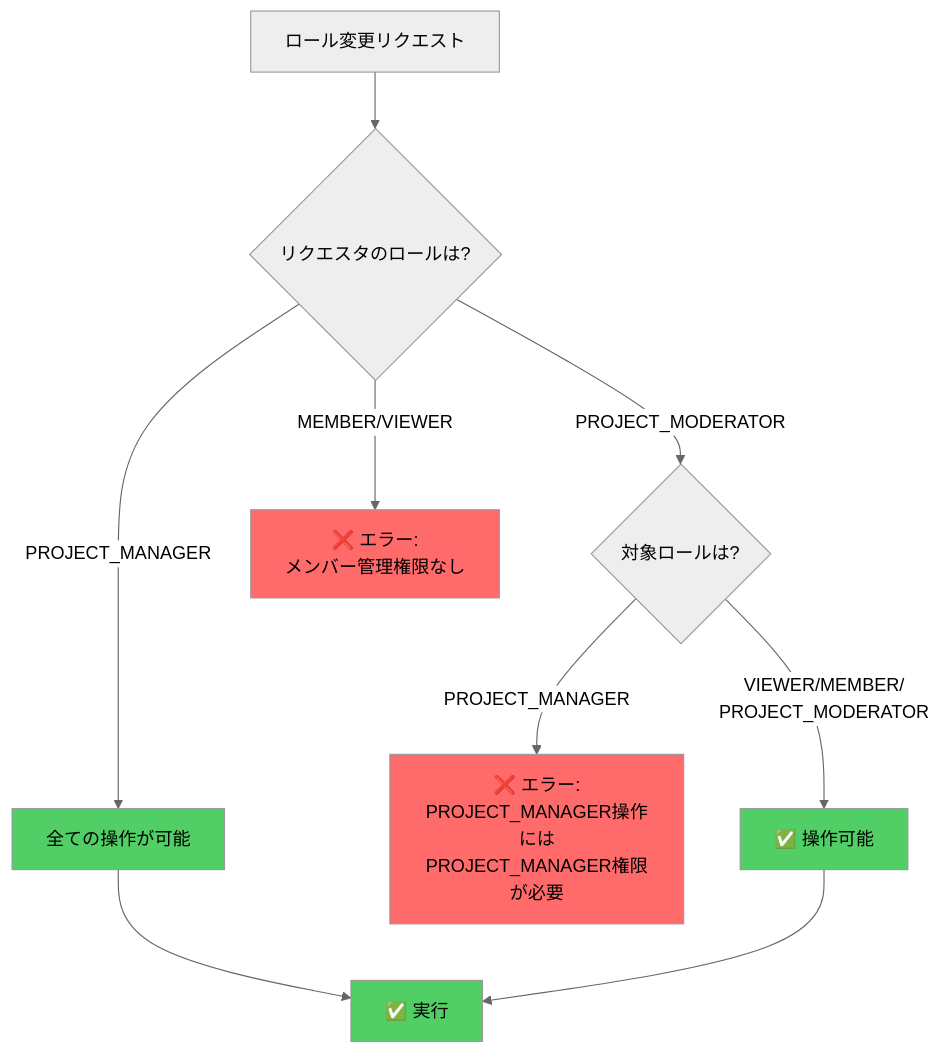
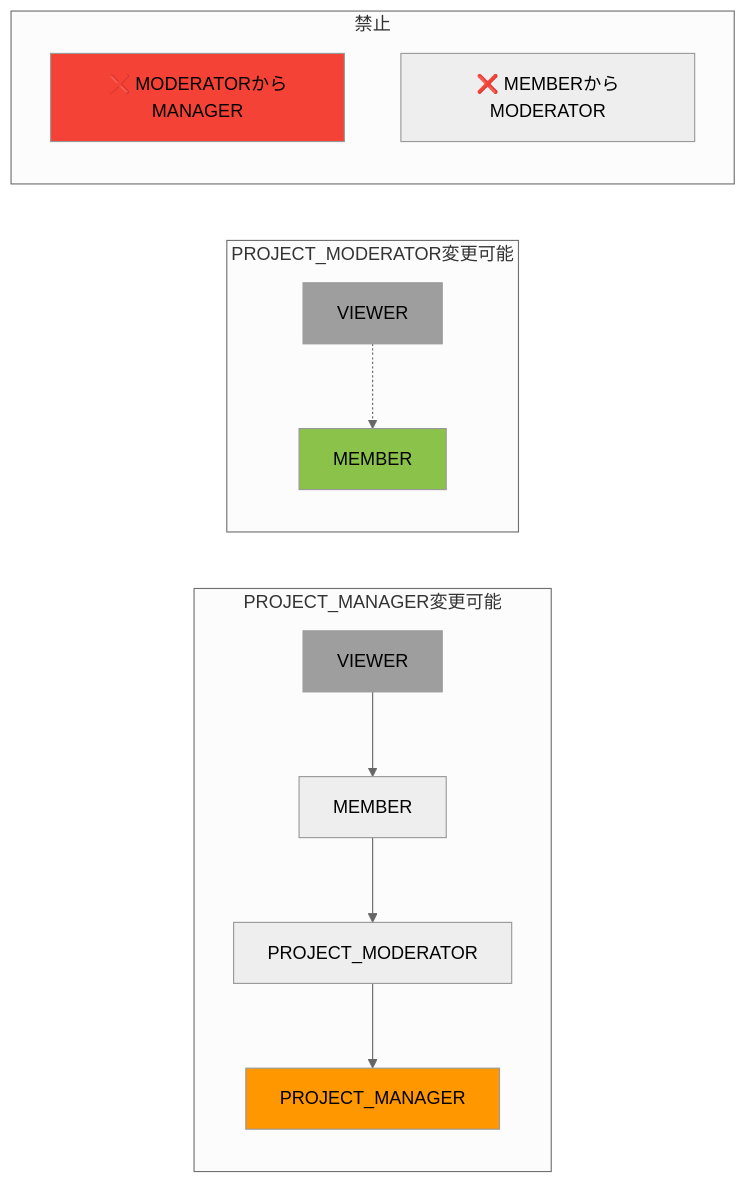
The tenth of 11 diagrams in docs/specifications/03-security/01-rbac-design.md (nomura-koshiro/genai-app-docs), drawn with Mermaid (neutral theme) before and after one commit. The commit also changed other lines of this file and 35 other files, not shown here.

````diff
--- a/docs/specifications/03-security/01-rbac-design.md
+++ b/docs/specifications/03-security/01-rbac-design.md
@@ -693,21 +560,23 @@
 ```mermaid
-flowchart TD
-    A[ロール変更リクエスト] --> B{リクエスタのロールは?}
+graph LR
+    subgraph "PROJECT_MANAGER変更可能"
+        PM1[VIEWER] --> PM2[MEMBER]
+        PM2 --> PM3[PROJECT_MODERATOR]
+        PM3 --> PM4[PROJECT_MANAGER]
+    end
 
-    B -->|PROJECT_MANAGER| C[全ての操作が可能]
-    B -->|PROJECT_MODERATOR| D{対象ロールは?}
+    subgraph "PROJECT_MODERATOR変更可能"
+        PMod1[VIEWER] -.-> PMod2[MEMBER]
+    end
 
-    D -->|PROJECT_MANAGER| E[❌ エラー:<br/>PROJECT_MANAGER操作には<br/>PROJECT_MANAGER権限が必要]
-    D -->|VIEWER/MEMBER/<br/>PROJECT_MODERATOR| F[✅ 操作可能]
+    subgraph "禁止"
+        X1[❌ MODERATORからMANAGER]
+        X2[❌ MEMBERからMODERATOR]
+    end
 
-    B -->|MEMBER/VIEWER| G[❌ エラー:<br/>メンバー管理権限なし]
-
-    C --> H[✅ 実行]
-    F --> H
-
-    style E fill:#ff6b6b
-    style G fill:#ff6b6b
-    style H fill:#51cf66
-    style C fill:#51cf66
-    style F fill:#51cf66
+    style PM1 fill:#9E9E9E
+    style PM4 fill:#FF9800
+    style PMod1 fill:#9E9E9E
+    style PMod2 fill:#8BC34A
+    style X1 fill:#F44336
 ```
````
